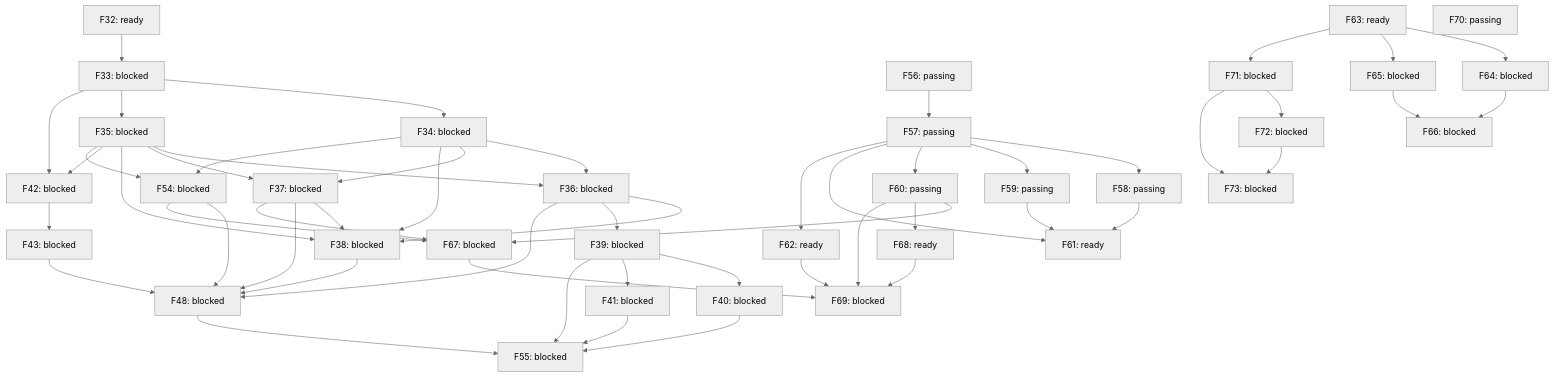
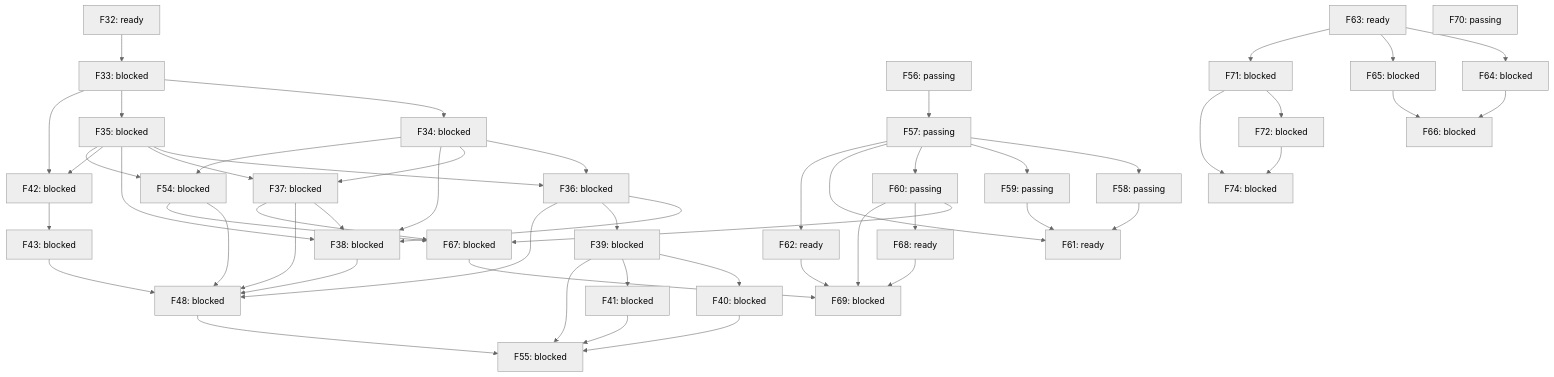
Before and after one commit to alex-nax/rengine: the diagram in docs/roadmap-graph.md, drawn with Mermaid (neutral theme). The commit also changed other lines of this file and 4 other files, not shown here.

````diff
--- a/docs/roadmap-graph.md
+++ b/docs/roadmap-graph.md
@@ -88,7 +88,7 @@
   F63 --> F71
   F72["F72: blocked"]
   F71 --> F72
-  F73["F73: blocked"]
-  F71 --> F73
-  F72 --> F73
+  F74["F74: blocked"]
+  F71 --> F74
+  F72 --> F74
 ```
````
